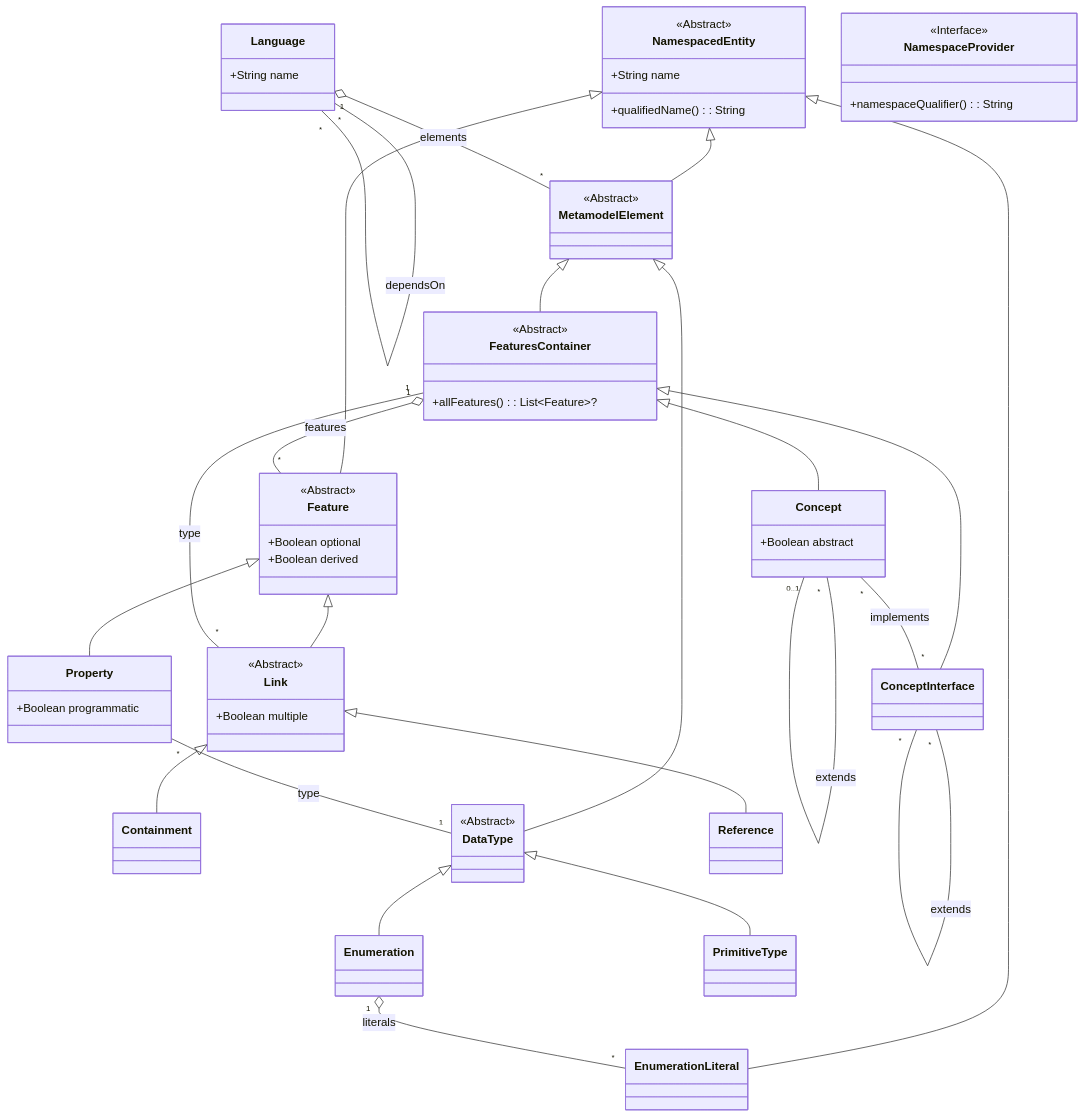
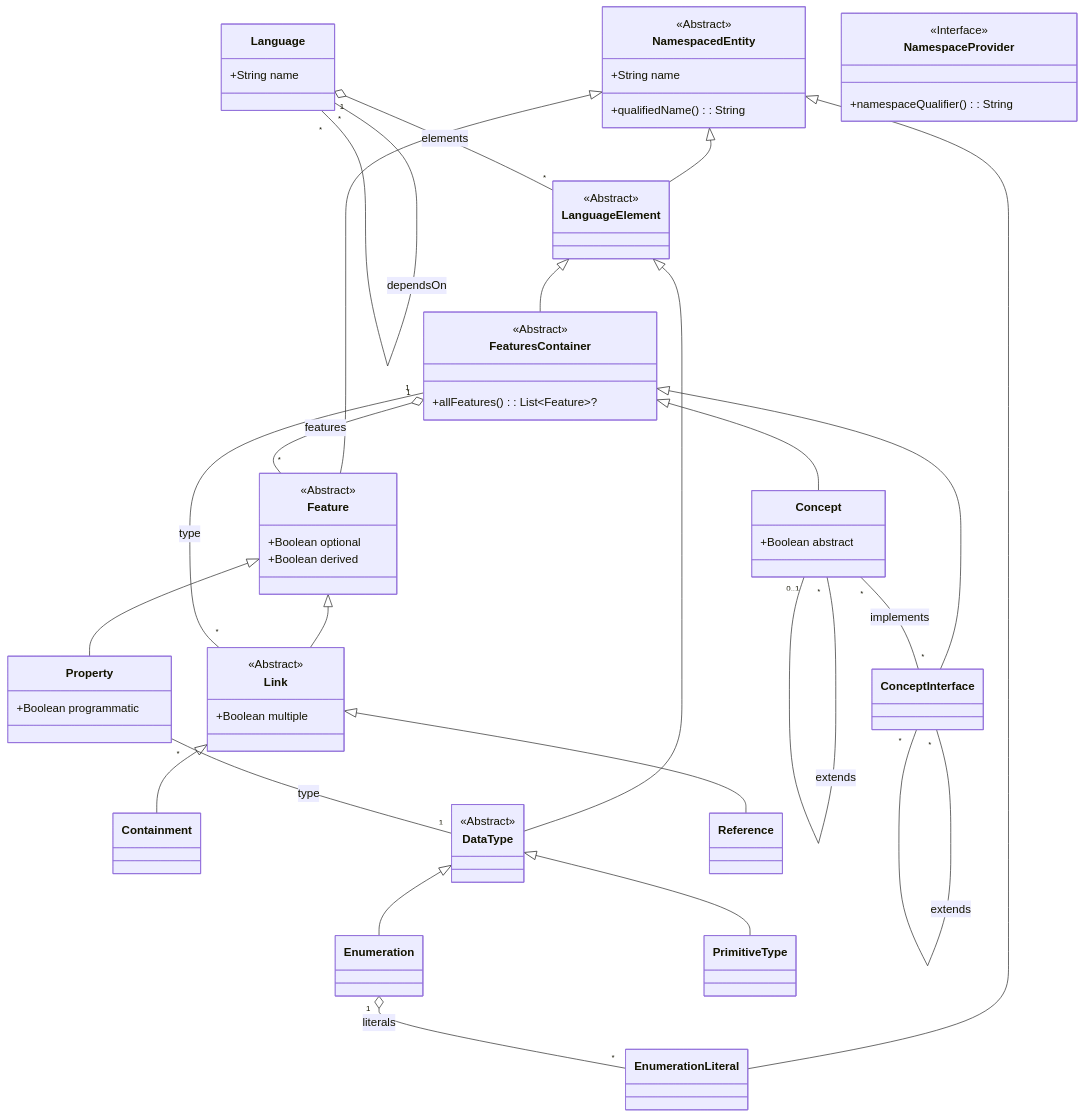
One commit to LionWeb-io/lionweb-typescript changed the diagram in diagrams/metametamodel-gen.md. Above: the diagram before and after it, drawn with Mermaid. The commit also changed 9 other files, not shown here.

Commit message:
MetamodelElement -> LanguageElement

```diff
--- a/diagrams/metametamodel-gen.md
+++ b/diagrams/metametamodel-gen.md
@@ -14,7 +14,7 @@
 
   class DataType
   <<Abstract>> DataType
-  MetamodelElement <|-- DataType
+  LanguageElement <|-- DataType
 
   class Enumeration
   DataType <|-- Enumeration
@@ -33,21 +33,21 @@
     +allFeatures() : List~Feature~?
   }
   <<Abstract>> FeaturesContainer
-  MetamodelElement <|-- FeaturesContainer
+  LanguageElement <|-- FeaturesContainer
 
   class Language {
     +String name
   }
+
+  class LanguageElement
+  <<Abstract>> LanguageElement
+  NamespacedEntity <|-- LanguageElement
 
   class Link {
     +Boolean multiple
   }
   <<Abstract>> Link
   Feature <|-- Link
-
-  class MetamodelElement
-  <<Abstract>> MetamodelElement
-  NamespacedEntity <|-- MetamodelElement
 
   class NamespaceProvider {
     +namespaceQualifier() : String
@@ -81,10 +81,10 @@
 
 
   FeaturesContainer "1" o-- "*" Feature: features
-  Language "1" o-- "*" MetamodelElement: elements
+  Language "1" o-- "*" LanguageElement: elements
   Language "*" -- "*" Language: dependsOn
+
   Link "*" -- "1" FeaturesContainer: type
-
 
 
 
```
